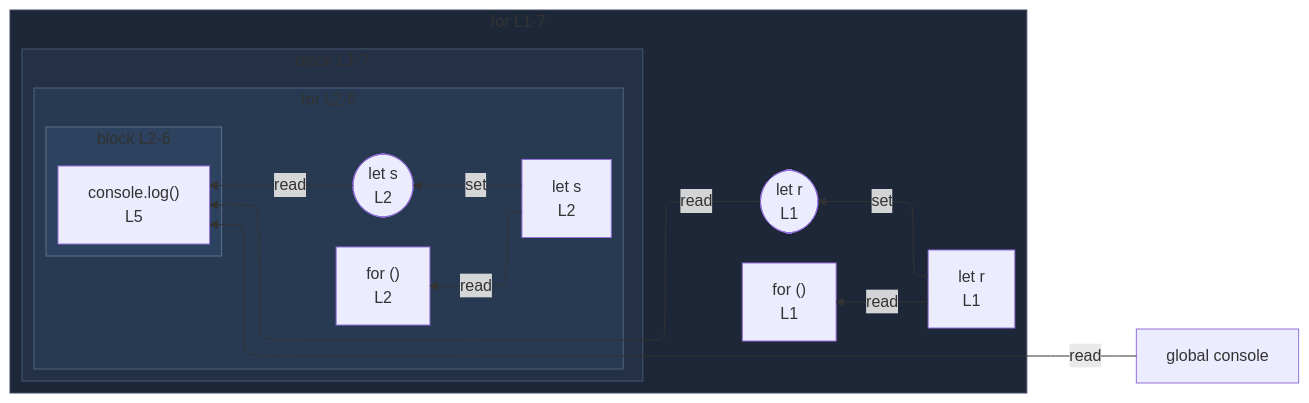
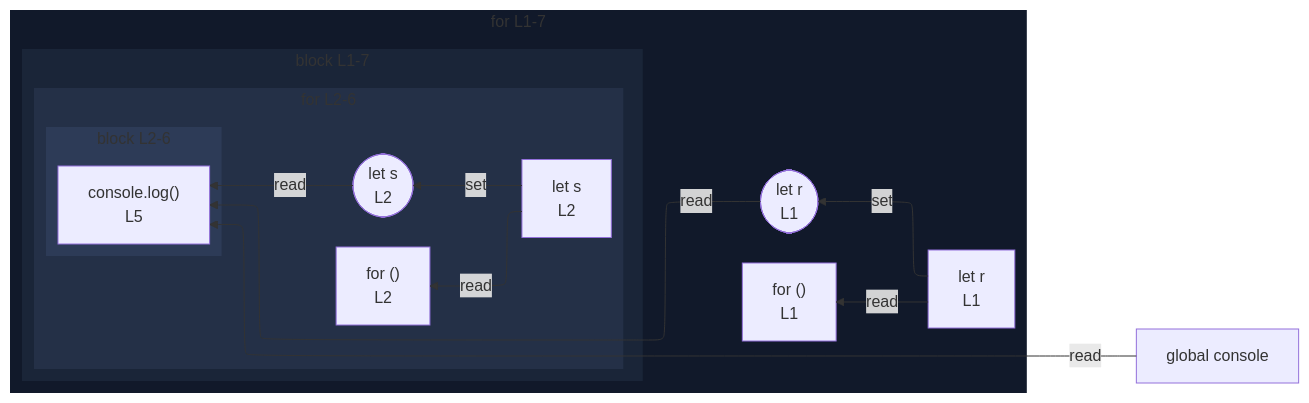
The diagram in integration/fixtures/iteration-statement/classic-for/labeled-break-continue/preview.md (crescware/unsnarl), drawn with Mermaid before and after one commit. The commit also changed 263 other files, not shown here.

````diff
--- a/integration/fixtures/iteration-statement/classic-for/labeled-break-continue/preview.md
+++ b/integration/fixtures/iteration-statement/classic-for/labeled-break-continue/preview.md
@@ -17,39 +17,39 @@
 ```mermaid
 %%{init: {"flowchart": {"defaultRenderer": "elk"}}}%%
 flowchart RL
   n_scope_0_console_151["global console"]
   subgraph s_scope_1["for L1-7"]
     direction RL
     for_test_scope_0_12["for ()<br/>L1"]
     n_scope_1_r_21["let r<br/>L1"]
     wr_ref_2(["let r<br/>L1"])
     subgraph s_scope_2["block L1-7"]
       direction RL
       subgraph s_scope_3["for L2-6"]
         direction RL
         for_test_scope_2_44["for ()<br/>L2"]
         n_scope_3_s_53["let s<br/>L2"]
         wr_ref_5(["let s<br/>L2"])
         subgraph s_scope_4["block L2-6"]
           direction RL
           expr_stmt_151["console.log()<br/>L5"]
         end
       end
     end
   end
   n_scope_1_r_21 -->|set| wr_ref_2
   n_scope_3_s_53 -->|set| wr_ref_5
   n_scope_1_r_21 -->|read| for_test_scope_0_12
   n_scope_3_s_53 -->|read| for_test_scope_2_44
   n_scope_0_console_151 -->|read| expr_stmt_151
   wr_ref_2 -->|read| expr_stmt_151
   wr_ref_5 -->|read| expr_stmt_151
-  classDef nestL1 fill:#1e2738,stroke:#3d4a63;
+  classDef nestL1 fill:#11192a,stroke:transparent;
   class s_scope_1 nestL1;
-  classDef nestL2 fill:#233045,stroke:#475670;
+  classDef nestL2 fill:#1a2538,stroke:transparent;
   class s_scope_2 nestL2;
-  classDef nestL3 fill:#283952,stroke:#51637d;
+  classDef nestL3 fill:#243047,stroke:transparent;
   class s_scope_3 nestL3;
-  classDef nestL4 fill:#2d425f,stroke:#5b708a;
+  classDef nestL4 fill:#2d3b57,stroke:transparent;
   class s_scope_4 nestL4;
 ```
````
